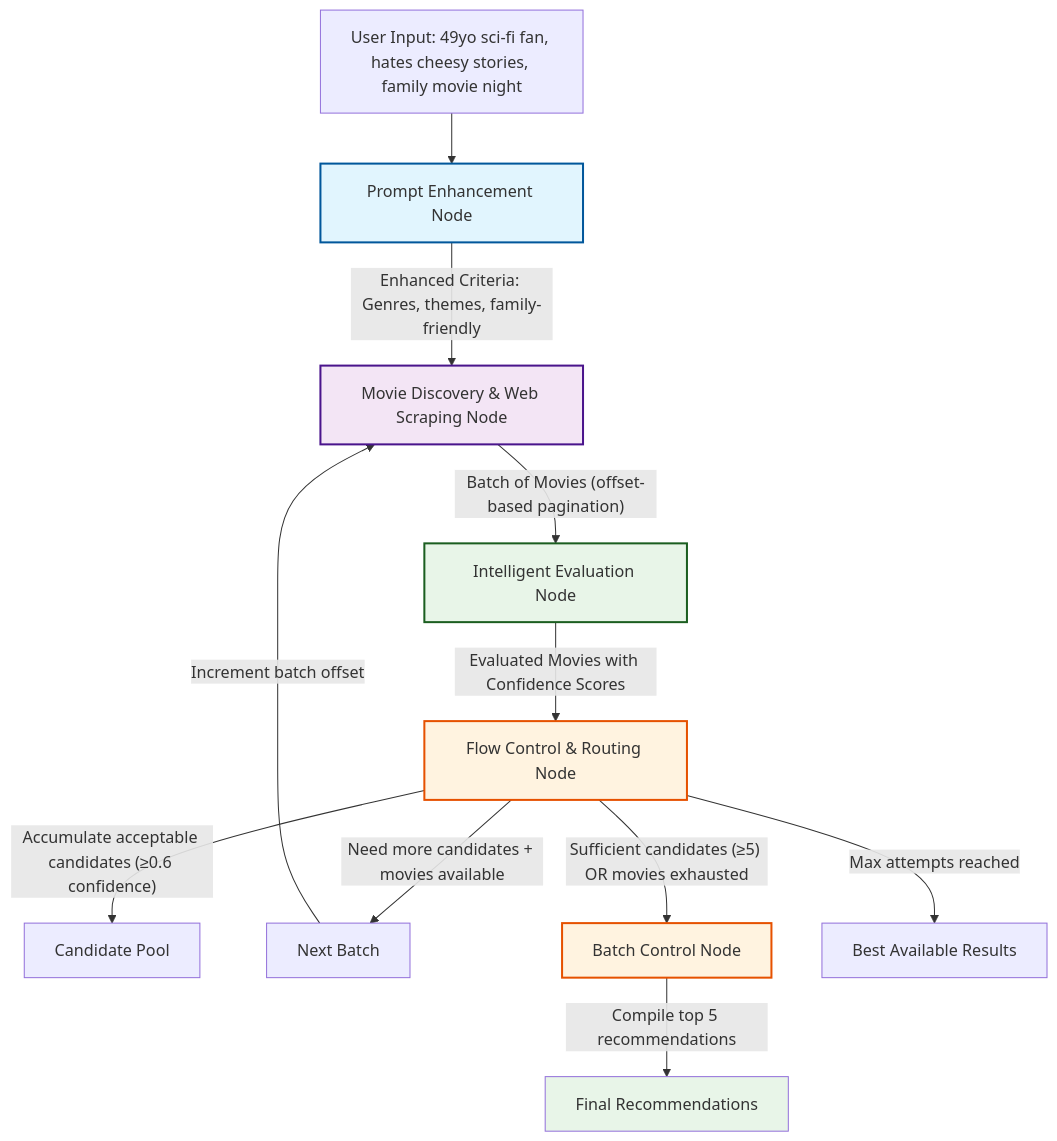
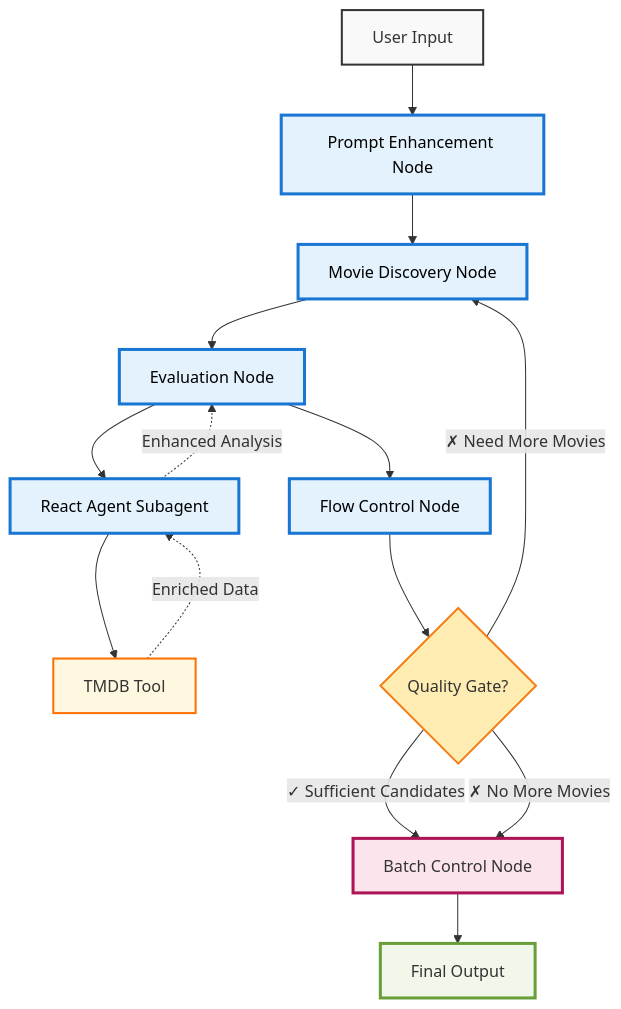
The diagram in packages/agent/DESIGN.md (ciberado/agentic-videoclub), drawn with Mermaid before and after one commit. The commit also changed other lines of this file and 6 other files, not shown here.

````diff
--- a/packages/agent/DESIGN.md
+++ b/packages/agent/DESIGN.md
@@ -23,38 +27,33 @@
 ```mermaid
 graph TD
-    A["User Input: 49yo sci-fi fan, hates cheesy stories, family movie night"] --> B[Prompt Enhancement Node]
+    A[User Input] --> B[Prompt Enhancement Node]
+    B --> C[Movie Discovery Node]
+    C --> D[Evaluation Node]
+    D --> E[Flow Control Node]
 
-    B --> |"Enhanced Criteria: Genres, themes, family-friendly"| C[Movie Discovery & Web Scraping Node]
+    %% React Agent Subagent within Evaluation Node
+    D --> RA[React Agent Subagent]
+    RA --> T[TMDB Tool]
+    T -.->|Enriched Data| RA
+    RA -.->|Enhanced Analysis| D
 
-    C --> |"Batch of Movies (offset-based pagination)"| D[Intelligent Evaluation Node]
+    %% Routing Logic
+    E --> F{Quality Gate?}
+    F -->|✓ Sufficient Candidates| G[Batch Control Node]
+    F -->|✗ Need More Movies| C
+    F -->|✗ No More Movies| G
 
-    D --> |"Evaluated Movies with Confidence Scores"| E[Flow Control & Routing Node]
+    G --> H[Final Output]
 
-    E --> |"Accumulate acceptable candidates (≥0.6 confidence)"| F[Candidate Pool]
+    %% Styling
+    classDef Agent fill:#e3f2fd,stroke:#1976d2,stroke-width:3px,color:#000
 
-    E --> |"Need more candidates + movies available"| G[Next Batch]
-    G --> |"Increment batch offset"| C
+    style A fill:#f9f9f9,stroke:#333,stroke-width:2px
+    style T fill:#fff8e1,stroke:#ff6f00,stroke-width:2px
+    style F fill:#ffecb3,stroke:#f57f17,stroke-width:2px
+    style G fill:#fce4ec,stroke:#ad1457,stroke-width:3px
+    style H fill:#f1f8e9,stroke:#689f38,stroke-width:3px
 
-    E --> |"Sufficient candidates (≥5) OR movies exhausted"| H[Batch Control Node]
-
-    H --> |"Compile top 5 recommendations"| I[Final Recommendations]
-
-    E --> |"Max attempts reached"| J[Best Available Results]
-
-    style B fill:#e1f5fe
-    style C fill:#f3e5f5
-    style D fill:#e8f5e8
-    style E fill:#fff3e0
-    style H fill:#fff3e0
-    style I fill:#e8f5e8
-
-    classDef llmNode fill:#e1f5fe,stroke:#01579b,stroke-width:2px
-    classDef webScraping fill:#f3e5f5,stroke:#4a148c,stroke-width:2px
-    classDef evaluation fill:#e8f5e8,stroke:#1b5e20,stroke-width:2px
-    classDef routing fill:#fff3e0,stroke:#e65100,stroke-width:2px
-
-    class B llmNode
-    class C webScraping
-    class D evaluation
-    class E,H routing
+    %% Apply Agent class to actual agent nodes only
+    class B,C,D,E,RA Agent
 ```
````
